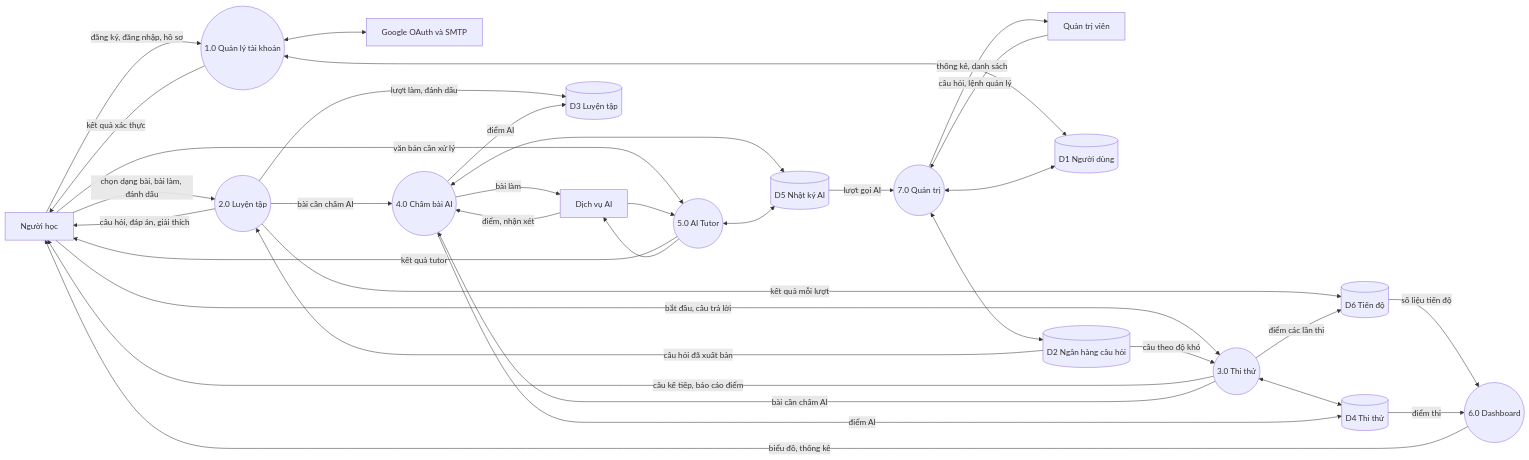
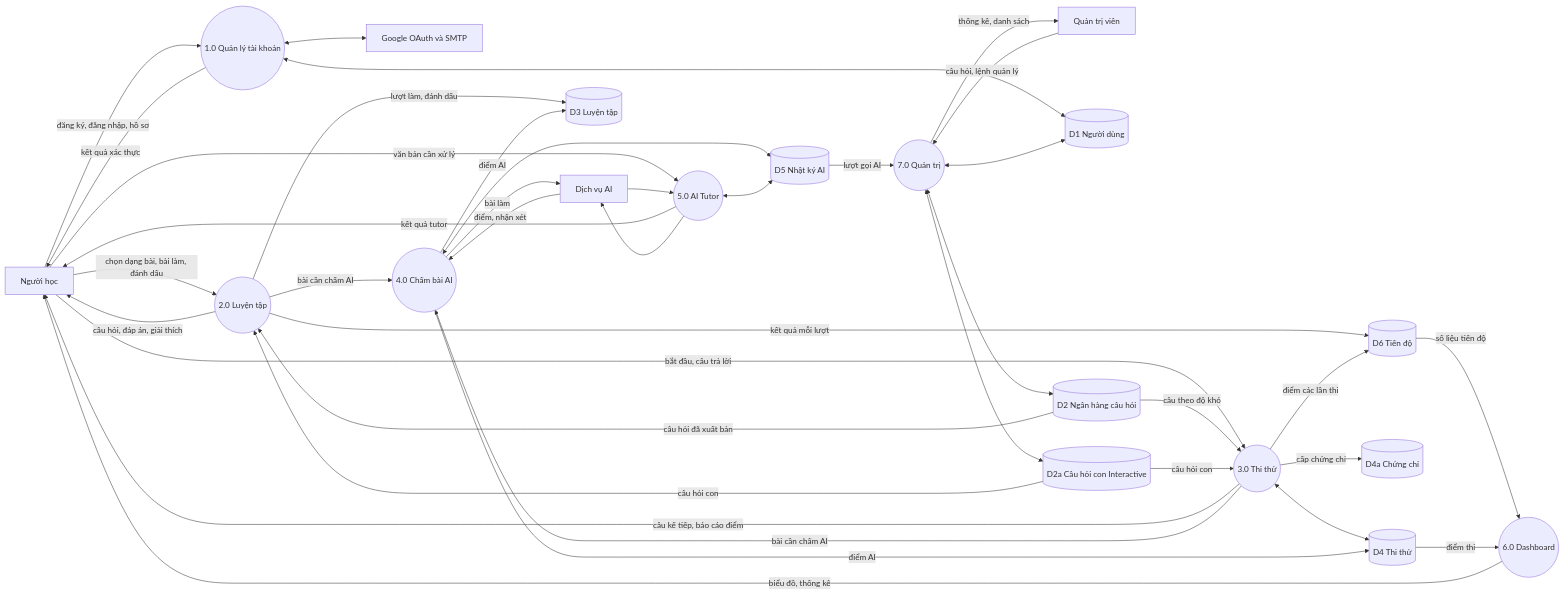
One commit to NhatLam9/Phat_Trien_Ma_Nguon_Mo changed the third of 6 diagrams in docs/Thiết kế hệ thống DET Practice.md. Above: the diagram before and after it, drawn with Mermaid. The commit also changed other lines of this file and 4 other files, not shown here.

````diff
--- a/docs/Thiết kế hệ thống DET Practice.md
+++ b/docs/Thiết kế hệ thống DET Practice.md
@@ -307,63 +312,69 @@
 ```mermaid
 flowchart LR
   HV["Người học"]
   QT["Quản trị viên"]
   AIS["Dịch vụ AI"]
   EXT["Google OAuth và SMTP"]
 
   P1(("1.0 Quản lý tài khoản"))
   P2(("2.0 Luyện tập"))
   P3(("3.0 Thi thử"))
   P4(("4.0 Chấm bài AI"))
   P5(("5.0 AI Tutor"))
   P6(("6.0 Dashboard"))
   P7(("7.0 Quản trị"))
 
   D1[("D1 Người dùng")]
   D2[("D2 Ngân hàng câu hỏi")]
+  D2A[("D2a Câu hỏi con Interactive")]
   D3[("D3 Luyện tập")]
   D4[("D4 Thi thử")]
+  D4A[("D4a Chứng chỉ")]
   D5[("D5 Nhật ký AI")]
   D6[("D6 Tiến độ")]
 
   HV -->|"đăng ký, đăng nhập, hồ sơ"| P1
   P1 -->|"kết quả xác thực"| HV
   P1 <--> EXT
   P1 <--> D1
 
   HV -->|"chọn dạng bài, bài làm, đánh dấu"| P2
   P2 -->|"câu hỏi, đáp án, giải thích"| HV
   D2 -->|"câu hỏi đã xuất bản"| P2
+  D2A -->|"câu hỏi con"| P2
   P2 -->|"lượt làm, đánh dấu"| D3
   P2 -->|"kết quả mỗi lượt"| D6
   P2 -->|"bài cần chấm AI"| P4
 
   HV -->|"bắt đầu, câu trả lời"| P3
   P3 -->|"câu kế tiếp, báo cáo điểm"| HV
   D2 -->|"câu theo độ khó"| P3
+  D2A -->|"câu hỏi con"| P3
   P3 <--> D4
   P3 -->|"bài cần chấm AI"| P4
   P3 -->|"điểm các lần thi"| D6
+  P3 -->|"cấp chứng chỉ"| D4A
 
   P4 -->|"bài làm"| AIS
   AIS -->|"điểm, nhận xét"| P4
   P4 <--> D5
   P4 -->|"điểm AI"| D3
   P4 -->|"điểm AI"| D4
 
   HV -->|"văn bản cần xử lý"| P5
   P5 -->|"kết quả tutor"| HV
   P5 --> AIS
   AIS --> P5
   P5 <--> D5
 
   D6 -->|"số liệu tiến độ"| P6
   D4 -->|"điểm thi"| P6
   P6 -->|"biểu đồ, thống kê"| HV
 
   QT -->|"câu hỏi, lệnh quản lý"| P7
   P7 -->|"thống kê, danh sách"| QT
   P7 <--> D2
+  P7 <--> D2A
   P7 <--> D1
   D5 -->|"lượt gọi AI"| P7
 ```
````
